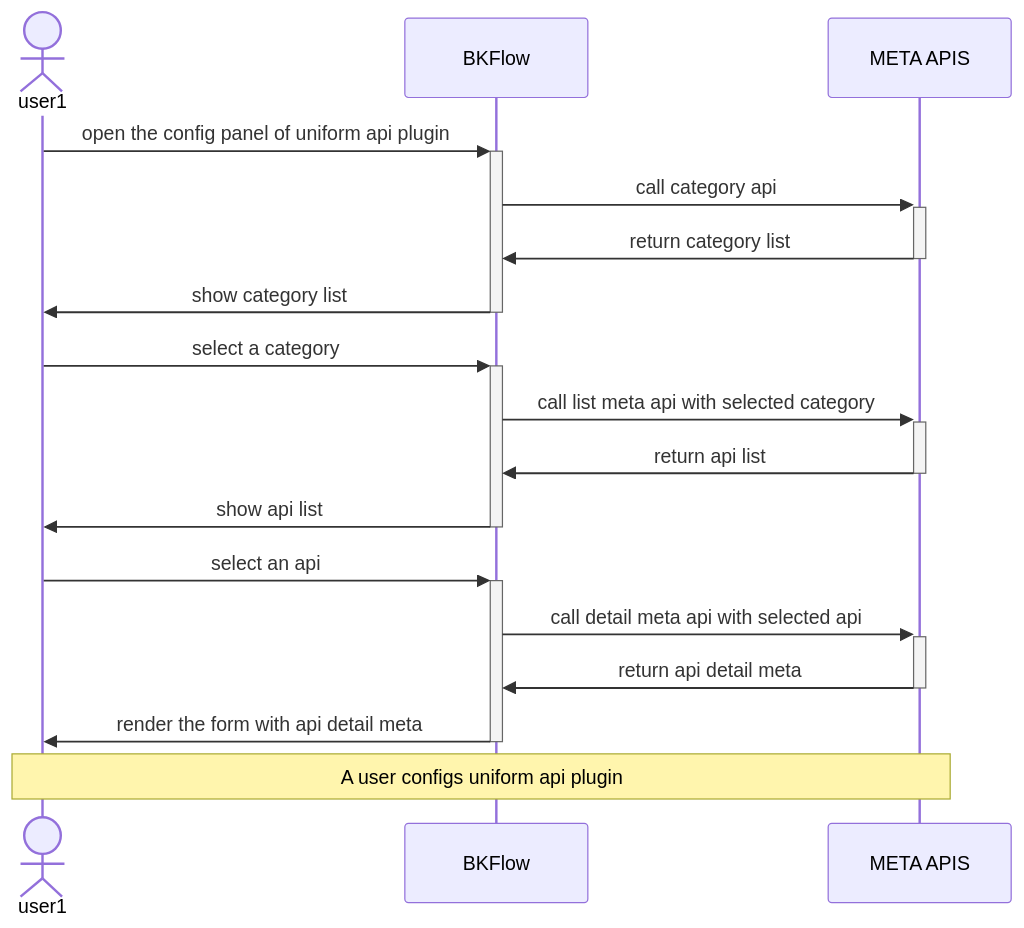
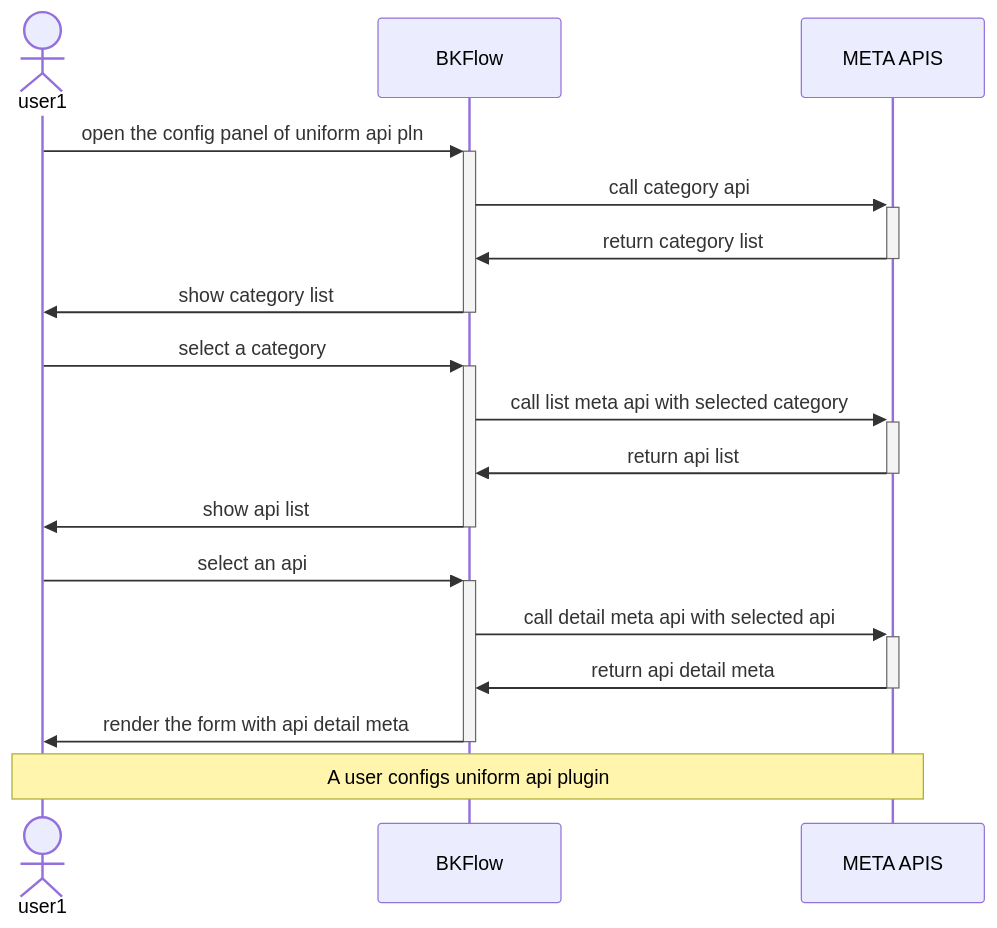
Before and after one commit to TencentBlueKing/BKFlow: the first of 3 diagrams in docs/guide/api_plugin.md, drawn with Mermaid. The commit also changed other lines of this file, not shown here.

````diff
--- a/docs/guide/api_plugin.md
+++ b/docs/guide/api_plugin.md
@@ -27,21 +27,21 @@
 ``` mermaid
 sequenceDiagram 
     actor user1
     participant b as BKFlow
     participant a as META APIS
     
-    user1->>+b: open the config panel of uniform api plugin
+    user1->>+b: open the config panel of uniform api pln
     b->>+a: call category api
     a->>-b: return category list
     b->>-user1: show category list
     user1->>+b: select a category
     b->>+a: call list meta api with selected category
     a->>-b: return api list
     b->>-user1: show api list
     user1->>+b: select an api
     b->>+a: call detail meta api with selected api
     a->>-b: return api detail meta
     b->>-user1: render the form with api detail meta
     
     Note over user1, a: A user configs uniform api plugin
 ```
````
